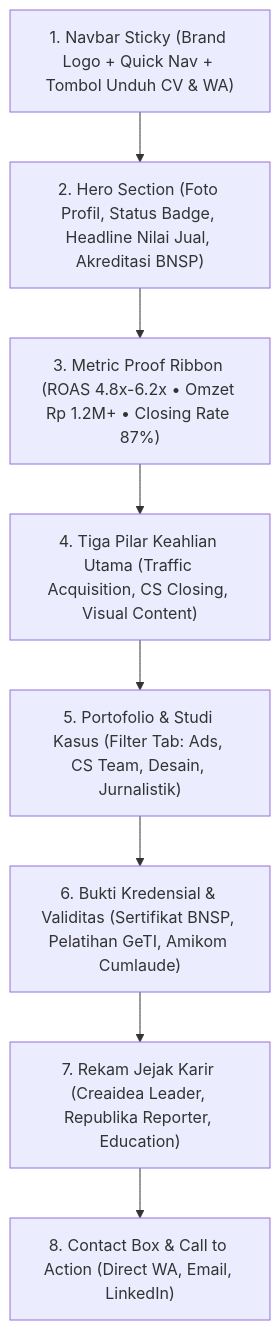
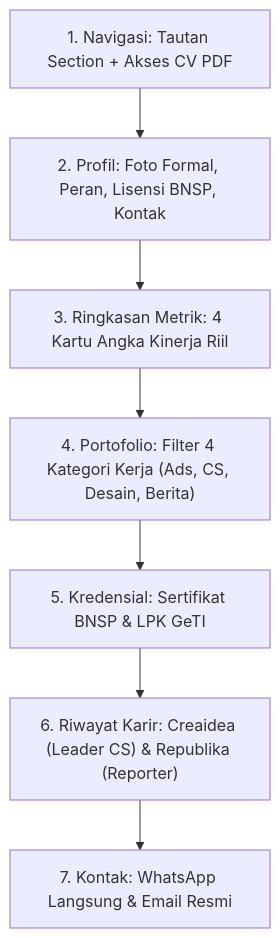
Before and after one commit to hizbamuhammad0/MESIN-UI-UX-: the diagram in RENCANA_WEBSITE_NESSA.md, drawn with Mermaid. The commit also changed other lines of this file, not shown here.

Commit message:
docs: Revisi perencanaan portofolio Nessa menjadi faktual, objektif, dan bebas hiperbola

````diff
--- a/RENCANA_WEBSITE_NESSA.md
+++ b/RENCANA_WEBSITE_NESSA.md
@@ -26,13 +38,12 @@
 ```mermaid
 flowchart TD
-    Navbar["1. Navbar Sticky (Brand Logo + Quick Nav + Tombol Unduh CV & WA)"]
-    Hero["2. Hero Section (Foto Profil, Status Badge, Headline Nilai Jual, Akreditasi BNSP)"]
-    Metrics["3. Metric Proof Ribbon (ROAS 4.8x-6.2x • Omzet Rp 1.2M+ • Closing Rate 87%)"]
-    Pillars["4. Tiga Pilar Keahlian Utama (Traffic Acquisition, CS Closing, Visual Content)"]
-    Portfolio["5. Portofolio & Studi Kasus (Filter Tab: Ads, CS Team, Desain, Jurnalistik)"]
-    Creds["6. Bukti Kredensial & Validitas (Sertifikat BNSP, Pelatihan GeTI, Amikom Cumlaude)"]
-    Timeline["7. Rekam Jejak Karir (Creaidea Leader, Republika Reporter, Education)"]
-    CTA["8. Contact Box & Call to Action (Direct WA, Email, LinkedIn)"]
+    Nav["1. Navigasi: Tautan Section + Akses CV PDF"]
+    Hero["2. Profil: Foto Formal, Peran, Lisensi BNSP, Kontak"]
+    Stats["3. Ringkasan Metrik: 4 Kartu Angka Kinerja Riil"]
+    Katalog["4. Portofolio: Filter 4 Kategori Kerja (Ads, CS, Desain, Berita)"]
+    Sertif["5. Kredensial: Sertifikat BNSP & LPK GeTI"]
+    Karir["6. Riwayat Karir: Creaidea (Leader CS) & Republika (Reporter)"]
+    Kontak["7. Kontak: WhatsApp Langsung & Email Resmi"]
 
-    Navbar --> Hero --> Metrics --> Pillars --> Portfolio --> Creds --> Timeline --> CTA
+    Nav --> Hero --> Stats --> Katalog --> Sertif --> Karir --> Kontak
 ```
````
